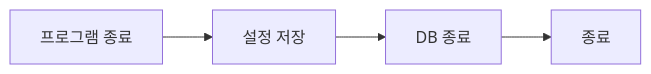
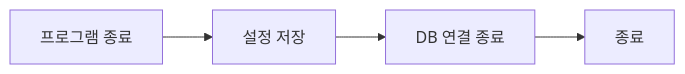
Diagram 18 of 18 in docs/03_SYSTEM_FLOW.md (PKT0623/PixivLocalManager), drawn with Mermaid before and after one commit. The commit also changed other lines of this file and 10 other files, not shown here.

````diff
--- a/docs/03_SYSTEM_FLOW.md
+++ b/docs/03_SYSTEM_FLOW.md
@@ -258,10 +380,10 @@
-```mermaid
+```mermaid id="9aq0pz"
 flowchart LR
 
 A[프로그램 종료]
 
 A --> B[설정 저장]
-B --> C[DB 종료]
+B --> C[DB 연결 종료]
 
 C --> D[종료]
 ```
````
